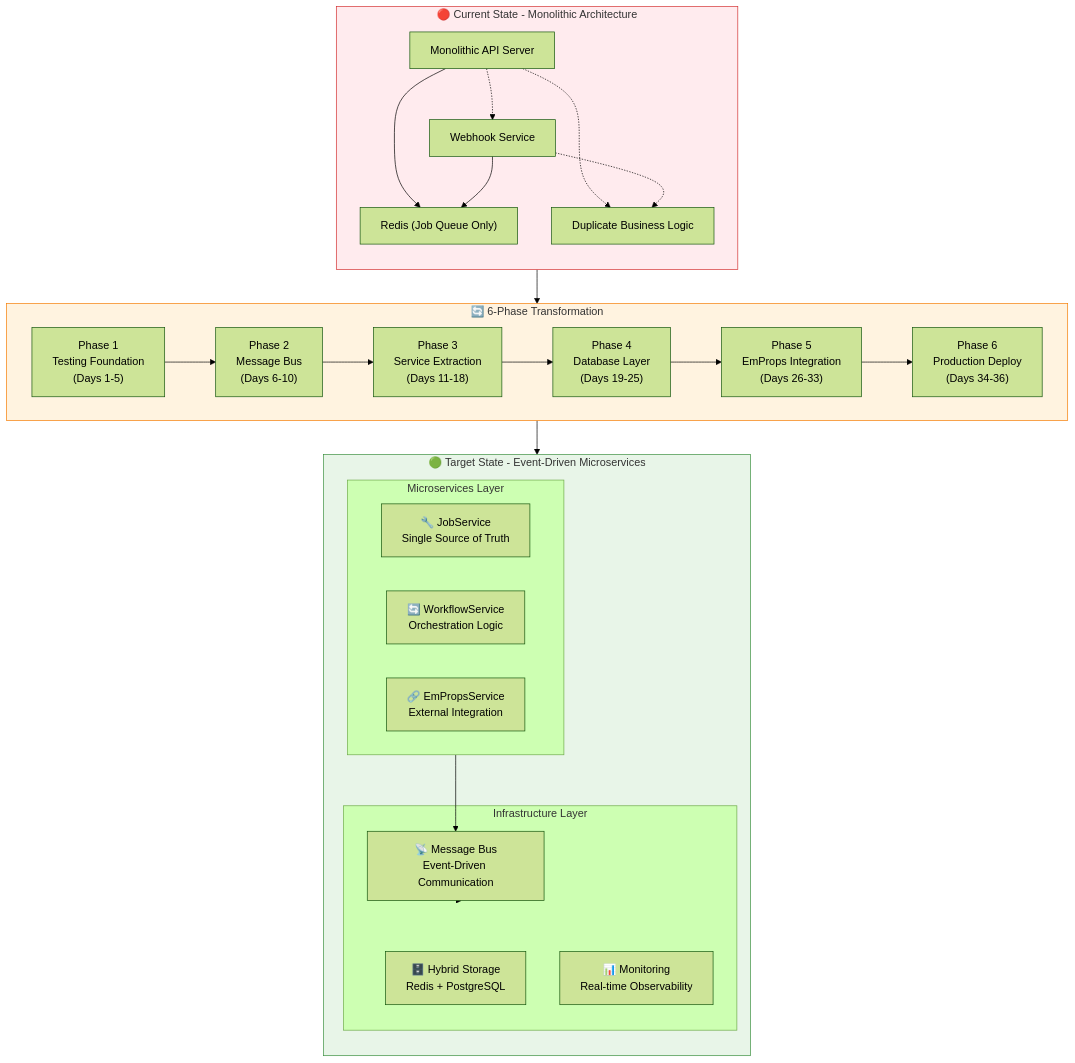
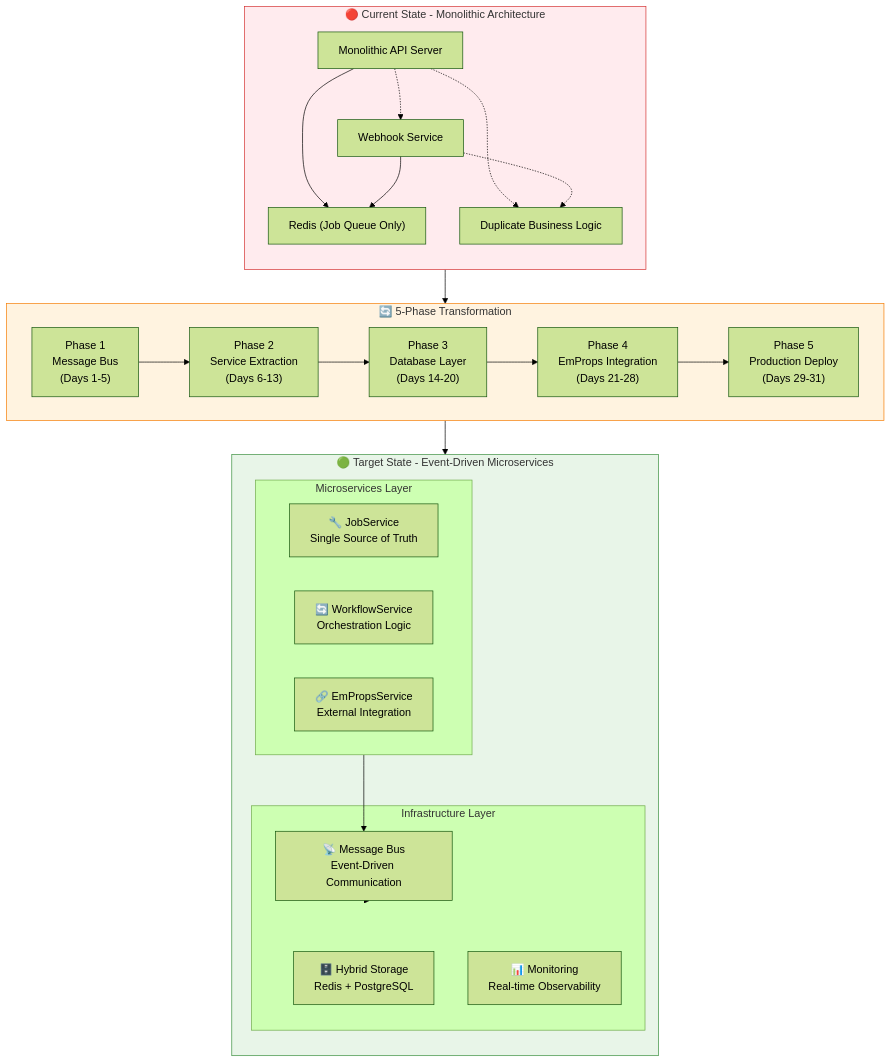
One commit to stakeordie/emp-job-queue changed the first of 16 diagrams in apps/docs/src/10-development-notes/2025-08-26-unified-modernization-plan.md. Above: the diagram before and after it, drawn with Mermaid (forest theme). The commit also changed other lines of this file, not shown here.

````diff
--- a/apps/docs/src/10-development-notes/2025-08-26-unified-modernization-plan.md
+++ b/apps/docs/src/10-development-notes/2025-08-26-unified-modernization-plan.md
@@ -25,56 +25,55 @@
 ```mermaid
 flowchart TB
     subgraph Current["🔴 Current State - Monolithic Architecture"]
         direction TB
         CurrentAPI["Monolithic API Server"]
         CurrentWebhook["Webhook Service"]
         CurrentRedis["Redis (Job Queue Only)"]
         CurrentDuplication["Duplicate Business Logic"]
         
         CurrentAPI -.-> CurrentWebhook
         CurrentAPI --> CurrentRedis
         CurrentWebhook --> CurrentRedis
         CurrentAPI -.-> CurrentDuplication
         CurrentWebhook -.-> CurrentDuplication
     end
     
-    subgraph Transformation["🔄 6-Phase Transformation"]
+    subgraph Transformation["🔄 5-Phase Transformation"]
         direction LR
-        Phase1["Phase 1<br/>Testing Foundation<br/>(Days 1-5)"]
-        Phase2["Phase 2<br/>Message Bus<br/>(Days 6-10)"]
-        Phase3["Phase 3<br/>Service Extraction<br/>(Days 11-18)"]
-        Phase4["Phase 4<br/>Database Layer<br/>(Days 19-25)"]
-        Phase5["Phase 5<br/>EmProps Integration<br/>(Days 26-33)"]
-        Phase6["Phase 6<br/>Production Deploy<br/>(Days 34-36)"]
+        Phase1["Phase 1<br/>Message Bus<br/>(Days 1-5)"]
+        Phase2["Phase 2<br/>Service Extraction<br/>(Days 6-13)"]
+        Phase3["Phase 3<br/>Database Layer<br/>(Days 14-20)"]
+        Phase4["Phase 4<br/>EmProps Integration<br/>(Days 21-28)"]
+        Phase5["Phase 5<br/>Production Deploy<br/>(Days 29-31)"]
         
-        Phase1 --> Phase2 --> Phase3 --> Phase4 --> Phase5 --> Phase6
+        Phase1 --> Phase2 --> Phase3 --> Phase4 --> Phase5
     end
     
     subgraph Target["🟢 Target State - Event-Driven Microservices"]
         direction TB
         subgraph Services["Microservices Layer"]
             JobService["🔧 JobService<br/>Single Source of Truth"]
             WorkflowService["🔄 WorkflowService<br/>Orchestration Logic"]
             EmPropsService["🔗 EmPropsService<br/>External Integration"]
         end
         
         subgraph Infrastructure["Infrastructure Layer"]
             MessageBus["📡 Message Bus<br/>Event-Driven Communication"]
             HybridStorage["🗄️ Hybrid Storage<br/>Redis + PostgreSQL"]
             Monitoring["📊 Monitoring<br/>Real-time Observability"]
         end
         
         Services --> MessageBus
         MessageBus --> Infrastructure
     end
     
     Current --> Transformation --> Target
     
     classDef currentStyle fill:#ffebee,stroke:#d32f2f
     classDef transformStyle fill:#fff3e0,stroke:#f57c00
     classDef targetStyle fill:#e8f5e8,stroke:#388e3c
     
     class Current currentStyle
     class Transformation transformStyle
     class Target targetStyle
 ```
````
